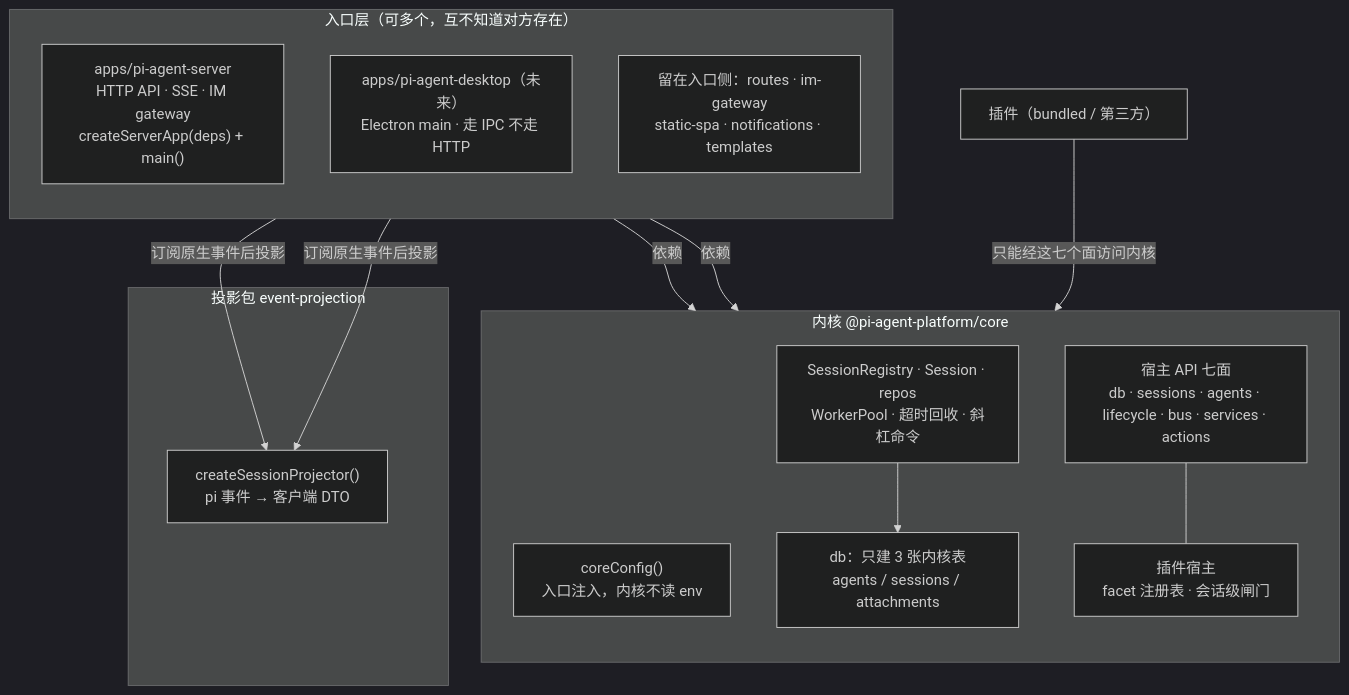
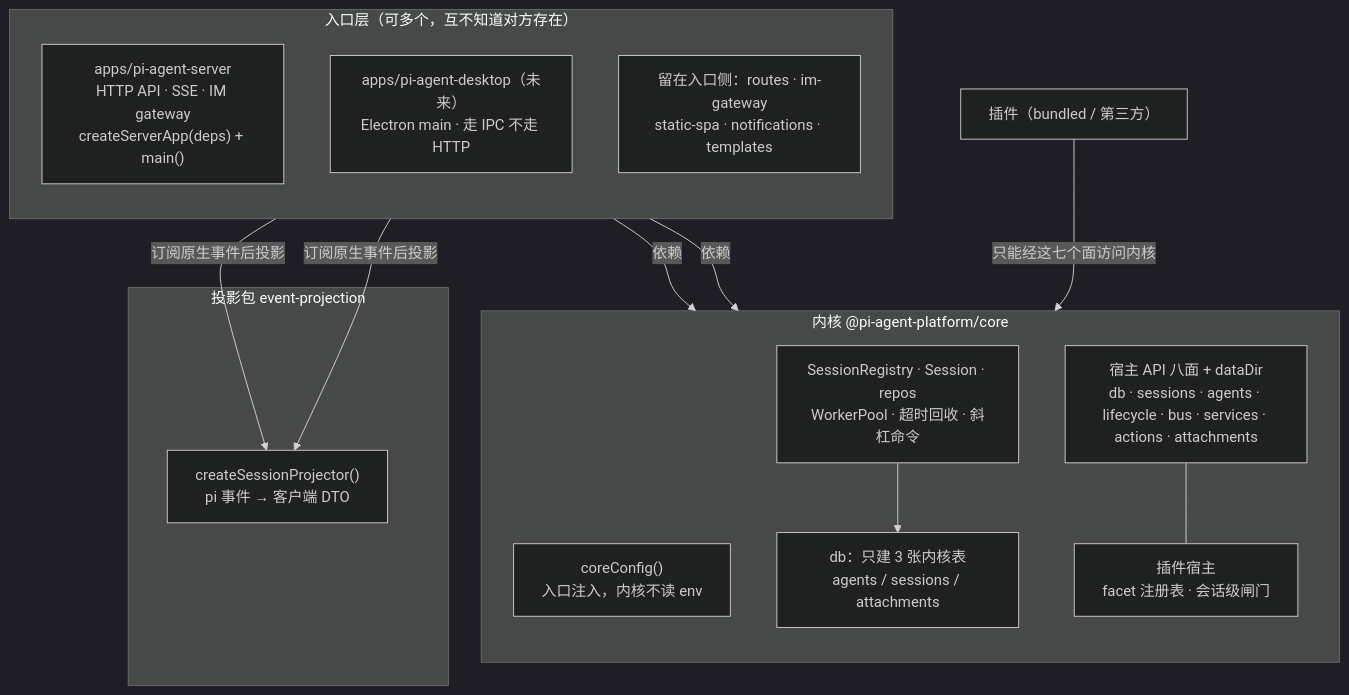
One commit to shinexsf/pi-agent-platform changed the diagram in doc/architecture/pi-agent-server_core-sdk.md. Above: the diagram before and after it, drawn with Mermaid (dark theme). The commit also changed 10 other files, not shown here.

````diff
--- a/doc/architecture/pi-agent-server_core-sdk.md
+++ b/doc/architecture/pi-agent-server_core-sdk.md
@@ -15,32 +15,32 @@
 ```mermaid
 flowchart TB
     subgraph Entries["入口层（可多个，互不知道对方存在）"]
         direction TB
         E1["apps/pi-agent-server<br/>HTTP API · SSE · IM gateway<br/>createServerApp(deps) + main()"]
         E2["apps/pi-agent-desktop（未来）<br/>Electron main · 走 IPC 不走 HTTP"]
         S1["留在入口侧：routes · im-gateway<br/>static-spa · notifications · templates"]
     end
 
     subgraph CoreBox["内核 @pi-agent-platform/core"]
         direction TB
         K5["coreConfig()<br/>入口注入，内核不读 env"]
         K2["SessionRegistry · Session · repos<br/>WorkerPool · 超时回收 · 斜杠命令"]
         K1["db：只建 3 张内核表<br/>agents / sessions / attachments"]
-        K6["宿主 API 七面<br/>db · sessions · agents · lifecycle · bus · services · actions"]
+        K6["宿主 API 八面 + dataDir<br/>db · sessions · agents · lifecycle · bus · services · actions · attachments"]
         K4["插件宿主<br/>facet 注册表 · 会话级闸门"]
     end
 
     subgraph ProjBox["投影包 event-projection"]
         P1["createSessionProjector()<br/>pi 事件 → 客户端 DTO"]
     end
 
     PLG["插件（bundled / 第三方）"]
 
     E1 -->|"依赖"| K2
     E2 -->|"依赖"| K2
     E1 -->|"订阅原生事件后投影"| P1
     E2 -->|"订阅原生事件后投影"| P1
     K2 --> K1
     K6 --- K4
     PLG -->|"只能经这七个面访问内核"| K6
 ```
````
